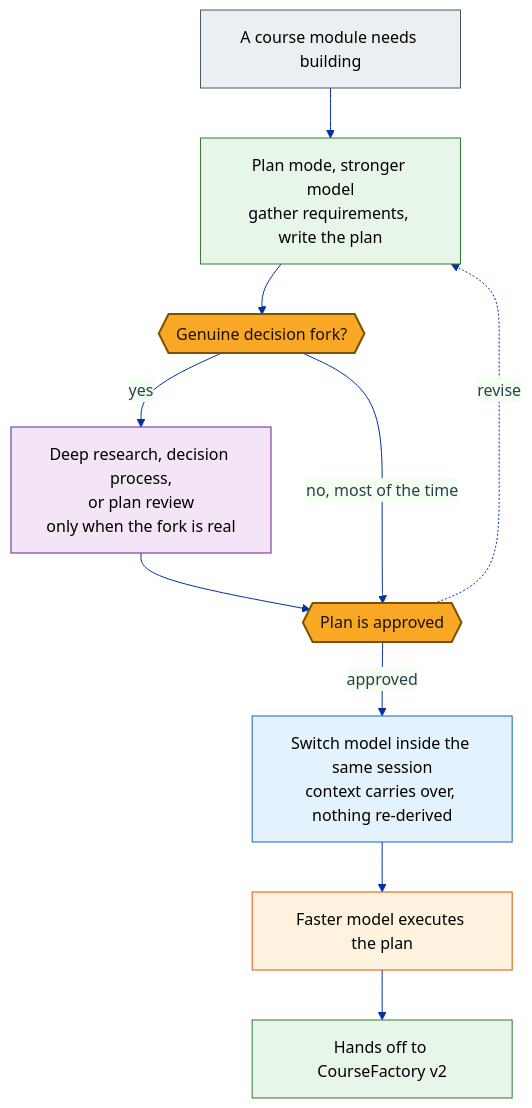
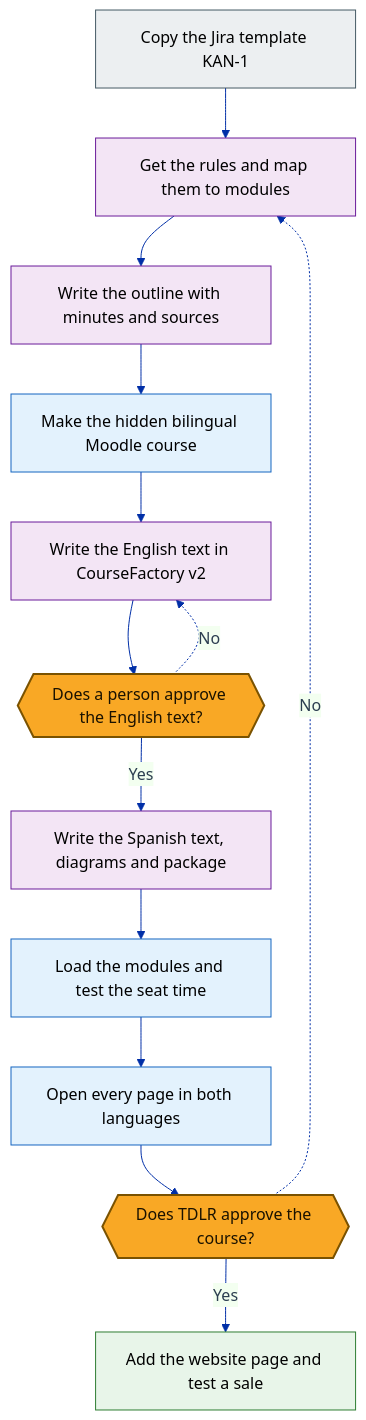
The diagram in diagrams/session-pipeline.mmd (mmentzerhernandez/global_experience), drawn with Mermaid before and after one commit. The commit also changed 16 other files, not shown here.

First line of the commit message:
Business page: update to 08 Nov 2026, merge CourseFactory into panel 3, new diagrams

```diff
--- a/diagrams/session-pipeline.mmd
+++ b/diagrams/session-pipeline.mmd
@@ -1,38 +1,36 @@
 ---
 config:
   theme: base
   themeVariables:
     primaryColor: "#f0f3ff"
     primaryBorderColor: "#002fa7"
     primaryTextColor: "#2c3e50"
     lineColor: "#002fa7"
     fontFamily: "-apple-system,BlinkMacSystemFont,Segoe UI,Roboto,sans-serif"
 ---
 flowchart TD
-    START["A course module needs building"]:::people
+    START["Copy the Jira template KAN-1"]:::people
+    A["Get the rules and map them to modules"]:::author
+    B["Write the outline with minutes and sources"]:::author
+    C["Make the hidden bilingual Moodle course"]:::access
+    D["Write the English text in CourseFactory v2"]:::author
+    G1{{"Does a person approve the English text?"}}:::gate
+    E["Write the Spanish text, diagrams and package"]:::author
+    F["Load the modules and test the seat time"]:::access
+    G["Open every page in both languages"]:::access
+    H{{"Does TDLR approve the course?"}}:::gate
+    I["Add the website page and test a sale"]:::course
 
-    PLAN["Plan mode, stronger model<br/>gather requirements, write the plan"]:::author
-    FORK{{"Genuine decision fork?"}}:::gate
-    TOOLS["Deep research, decision process,<br/>or plan review<br/>only when the fork is real"]:::sweep
-    APPROVE{{"Plan is approved"}}:::gate
-    SWITCH["Switch model inside the same session<br/>context carries over, nothing re-derived"]:::access
-    EXEC["Faster model executes the plan"]:::package
-    CF["Hands off to CourseFactory v2"]:::course
+    START --> A --> B --> C --> D --> G1
+    G1 -->|"Yes"| E
+    G1 -.->|"No"| D
+    E --> F --> G --> H
+    H -->|"Yes"| I
+    H -.->|"No"| A
 
-    START --> PLAN
-    PLAN --> FORK
-    FORK -->|"yes"| TOOLS
-    TOOLS --> APPROVE
-    FORK -->|"no, most of the time"| APPROVE
-    APPROVE -->|"approved"| SWITCH
-    APPROVE -.->|"revise"| PLAN
-    SWITCH --> EXEC
-    EXEC --> CF
 
     classDef people fill:#ECEFF1,stroke:#455A64,color:#000000
+    classDef author fill:#F3E5F5,stroke:#6A1B9A,color:#000000
     classDef access fill:#E3F2FD,stroke:#1565C0,color:#000000
-    classDef author fill:#E8F5E9,stroke:#2E7D32,color:#000000
     classDef course fill:#E8F5E9,stroke:#2E7D32,color:#000000
-    classDef package fill:#FFF3E0,stroke:#E65100,color:#000000
-    classDef sweep fill:#F3E5F5,stroke:#6A1B9A,color:#000000
     classDef gate fill:#F9A825,stroke:#7A5200,color:#1A1200,stroke-width:2px
```
